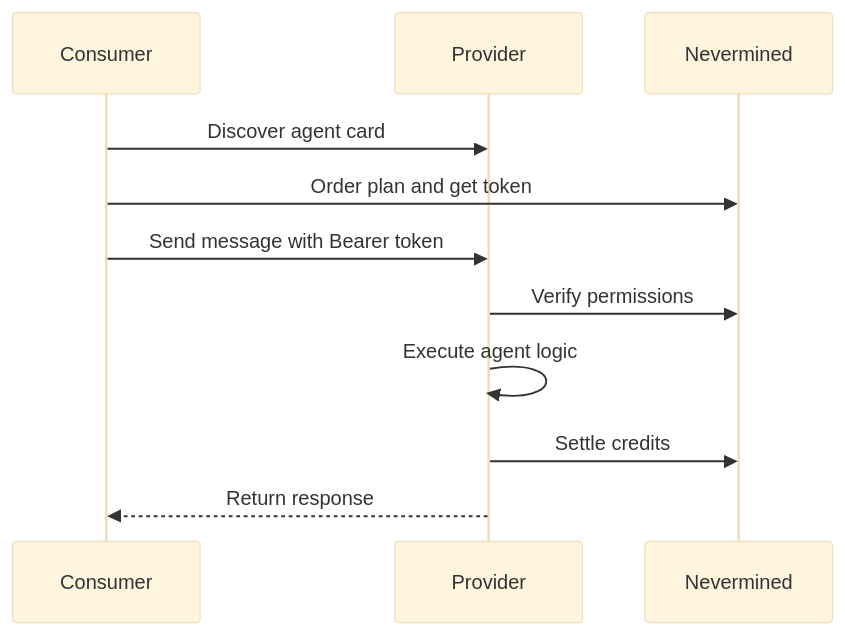
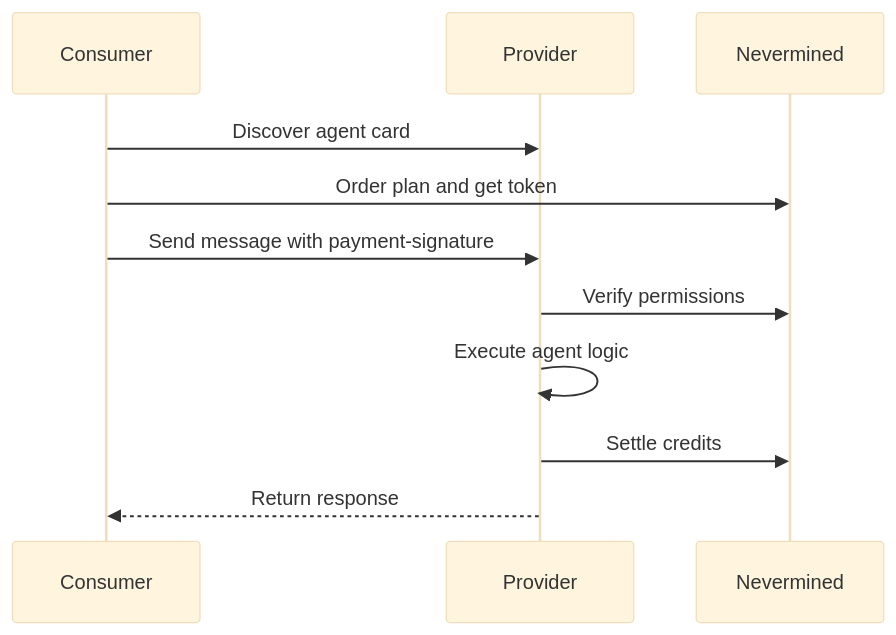
The first of 2 diagrams in docs/integrations/google-a2a.mdx (nevermined-io/docs), drawn with Mermaid (base theme) before and after one commit. The commit also changed other lines of this file and 1 other file, not shown here.

Commit message:
docs: update A2A docs to use payment-signature header consistently

````diff
--- a/docs/integrations/google-a2a.mdx
+++ b/docs/integrations/google-a2a.mdx
@@ -16,14 +16,14 @@
 ```mermaid
 sequenceDiagram
     participant Consumer
     participant Provider
     participant Nevermined
 
     Consumer->>Provider: Discover agent card
     Consumer->>Nevermined: Order plan and get token
-    Consumer->>Provider: Send message with Bearer token
+    Consumer->>Provider: Send message with payment-signature
     Provider->>Nevermined: Verify permissions
     Provider->>Provider: Execute agent logic
     Provider->>Nevermined: Settle credits
     Provider-->>Consumer: Return response
 ```
````
